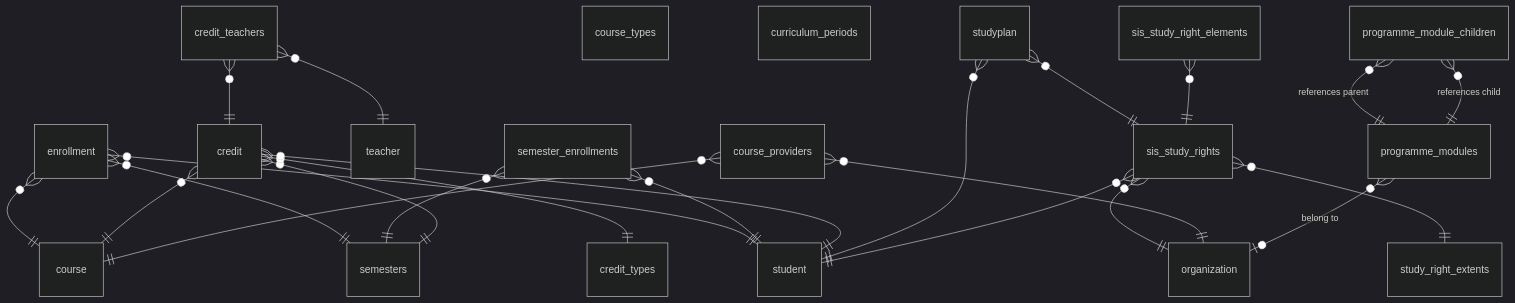
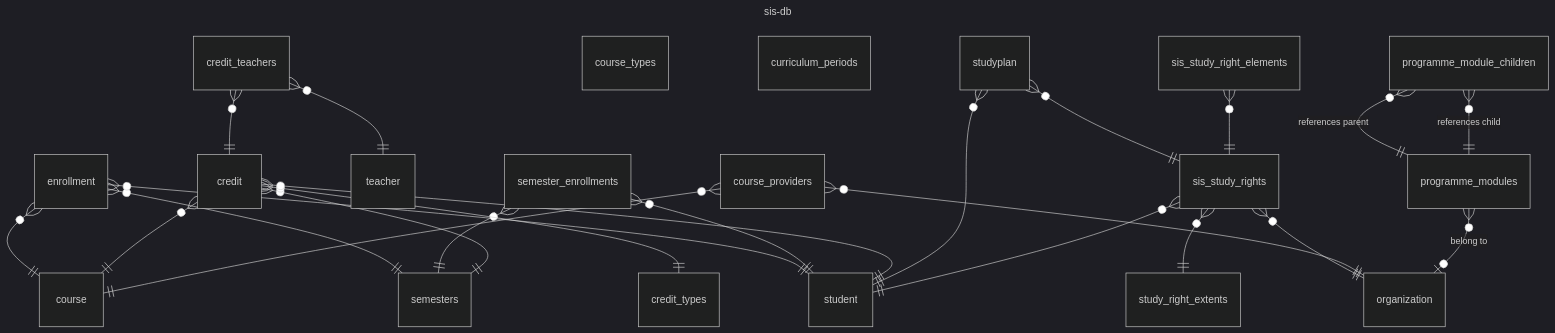
The first of 3 diagrams in documentation/databases.md (UniversityOfHelsinkiCS/oodikone), drawn with Mermaid (dark theme) before and after one commit. The commit also changed other lines of this file, not shown here.

Commit message:
[Documentation] Add titles to database diagrams

````diff
--- a/documentation/databases.md
+++ b/documentation/databases.md
@@ -11,27 +11,30 @@
 ```mermaid
+---
+title: sis-db
+---
 erDiagram
   enrollment }o--|| course : ""
   enrollment }o--|| semesters : ""
   enrollment }o--|| student : ""
   semester_enrollments }o--|| semesters : ""
   semester_enrollments }o--|| student : ""
   credit_teachers }o--|| teacher : ""
   course_types
   curriculum_periods
   credit_teachers }o--|| credit : ""
   credit }o--|| course : ""
   credit }o--|| semesters : ""
   credit }o--|| credit_types : ""
   credit }o--|| student : ""
   studyplan }o--|| student : ""
   studyplan }o--|| sis_study_rights : ""
+  sis_study_rights }o--|| study_right_extents : ""
   sis_study_rights }o--|| organization : ""
   sis_study_rights }o--|| student : ""
-  sis_study_rights }o--|| study_right_extents : ""
   sis_study_right_elements }o--|| sis_study_rights : ""
   course_providers }o--|| organization : ""
   course_providers }o--|| course : ""
   programme_module_children }o--|| programme_modules : "references parent"
   programme_module_children }o--|| programme_modules : "references child"
   programme_modules }o--o| organization : "belong to"
 ```
````
